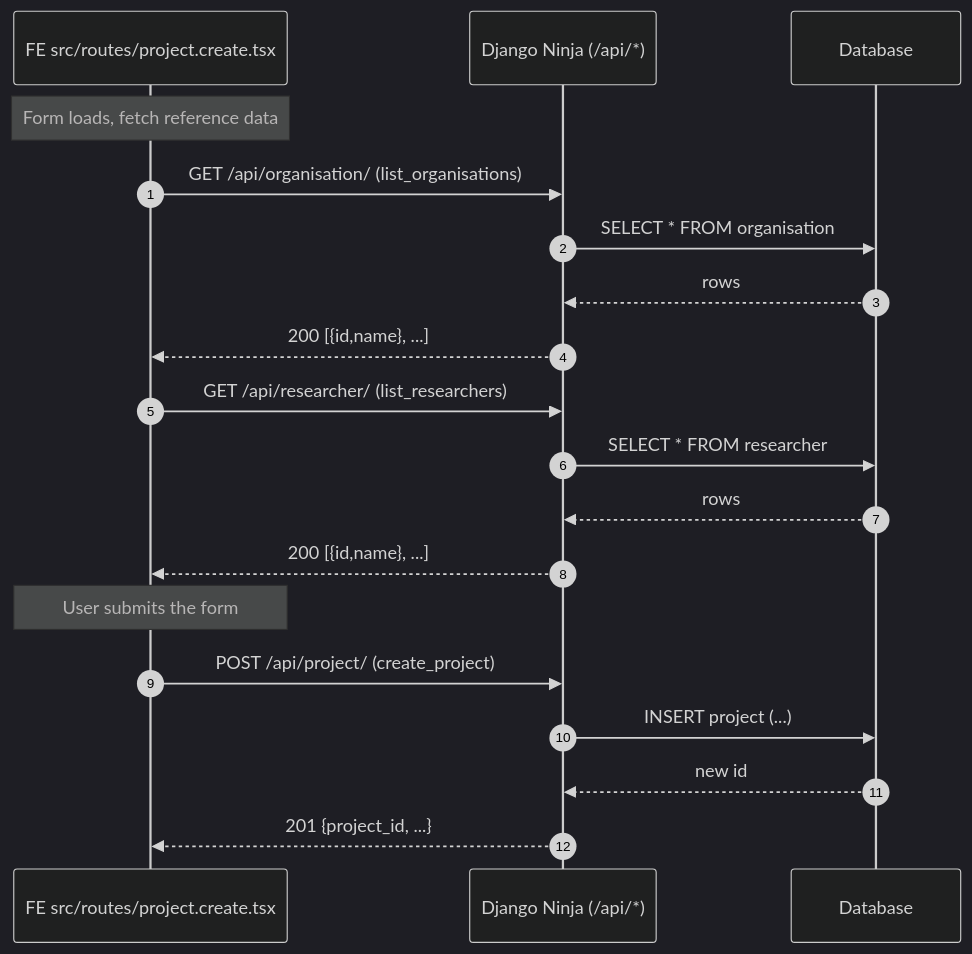
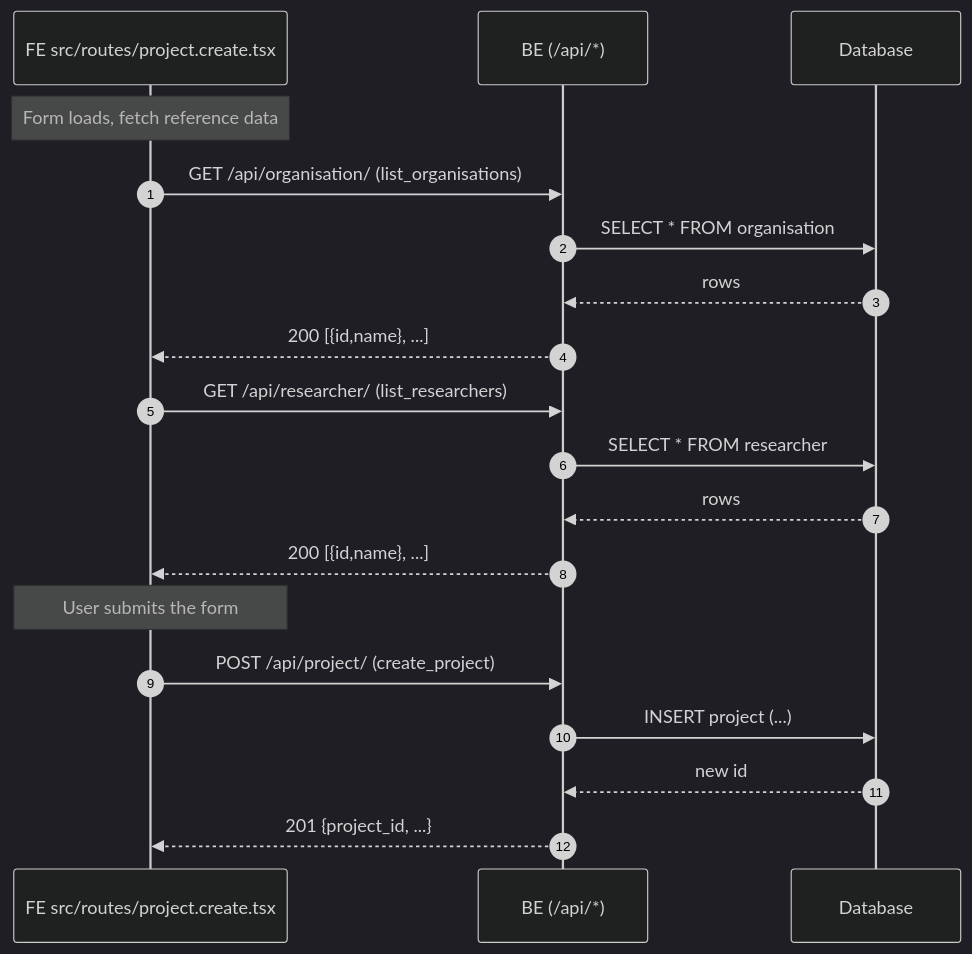
One commit to aus-plant-phenomics-network/phenomate changed the second of 7 diagrams in docs/api-sequences.md. Above: the diagram before and after it, drawn with Mermaid (dark theme). The commit also changed other lines of this file, not shown here.

````diff
--- a/docs/api-sequences.md
+++ b/docs/api-sequences.md
@@ -59,24 +56,24 @@
 ```mermaid
 sequenceDiagram
   autonumber
   participant FE as FE src/routes/project.create.tsx
-  participant API as Django Ninja (/api/*)
+  participant API as BE (/api/*)
   participant DB as Database
 
   Note over FE: Form loads, fetch reference data
   FE->>API: GET /api/organisation/  (list_organisations)
   API->>DB: SELECT * FROM organisation
   DB-->>API: rows
   API-->>FE: 200 [{id,name}, ...]
 
   FE->>API: GET /api/researcher/  (list_researchers)
   API->>DB: SELECT * FROM researcher
   DB-->>API: rows
   API-->>FE: 200 [{id,name}, ...]
 
   Note over FE: User submits the form
   FE->>API: POST /api/project/  (create_project)
   API->>DB: INSERT project (...)
   DB-->>API: new id
   API-->>FE: 201 {project_id, ...}
 ```
````
